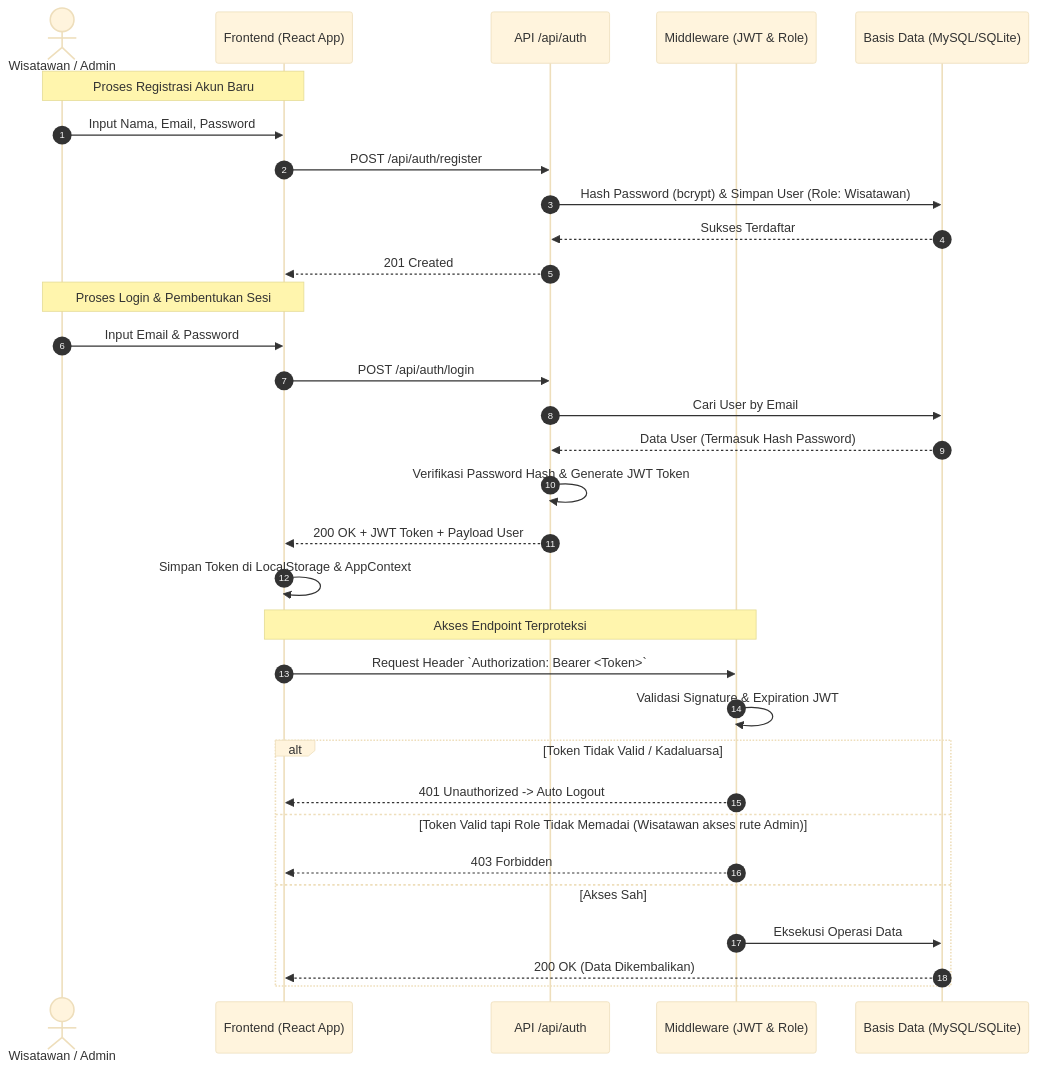
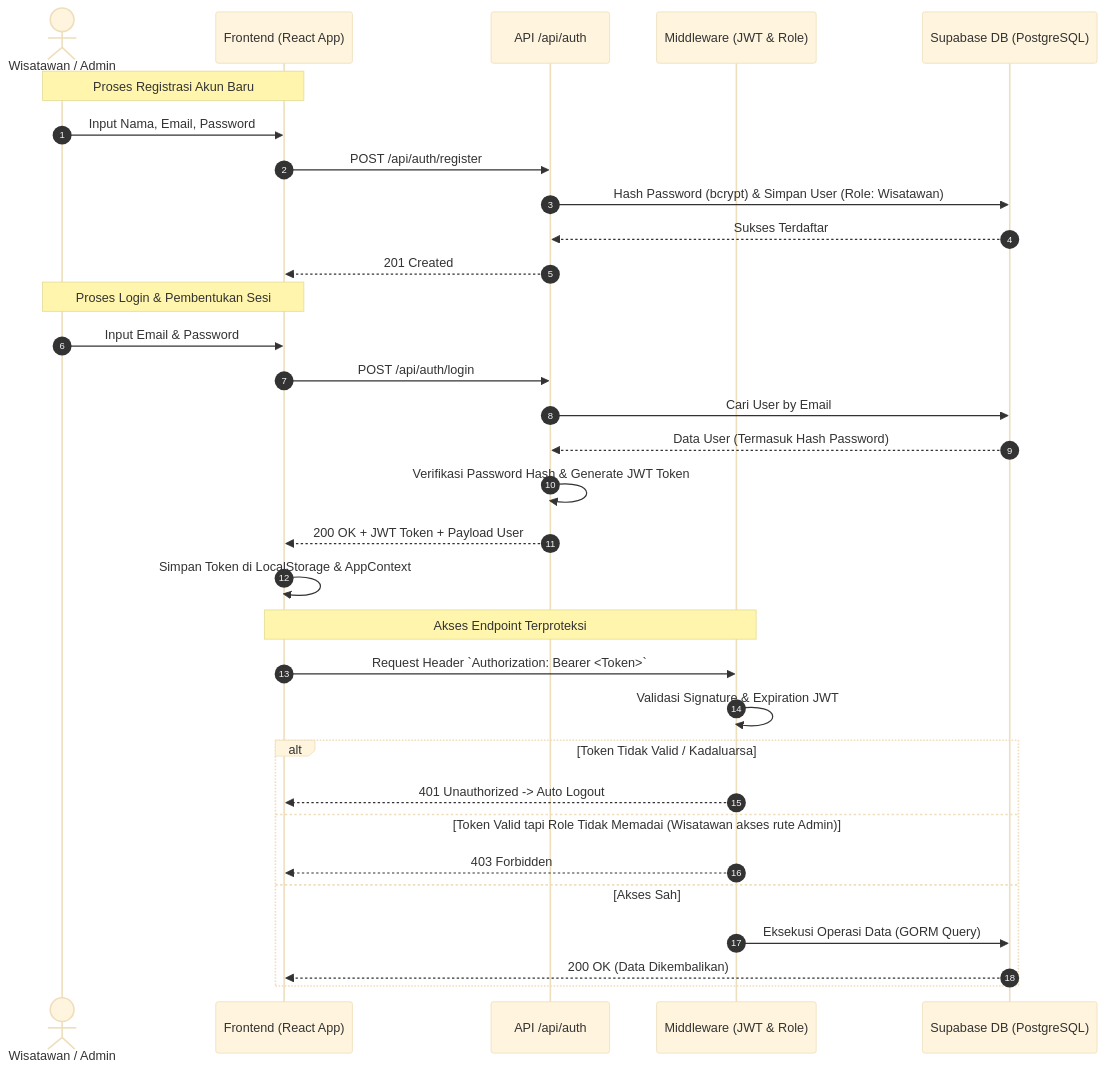
The fourth of 7 diagrams in WORKFLOW.md (WaraneyKamagi/Web-Bukit-Kasih), drawn with Mermaid (base theme) before and after one commit. The commit also changed other lines of this file and 24 other files, not shown here.

````diff
--- a/WORKFLOW.md
+++ b/WORKFLOW.md
@@ -126,37 +126,37 @@
 ```mermaid
 sequenceDiagram
     autonumber
     actor User as Wisatawan / Admin
     participant Client as Frontend (React App)
     participant AuthAPI as API /api/auth
     participant MW as Middleware (JWT & Role)
-    participant DB as Basis Data (MySQL/SQLite)
+    participant DB as Supabase DB (PostgreSQL)
 
     Note over User,Client: Proses Registrasi Akun Baru
     User->>Client: Input Nama, Email, Password
     Client->>AuthAPI: POST /api/auth/register
     AuthAPI->>DB: Hash Password (bcrypt) & Simpan User (Role: Wisatawan)
     DB-->>AuthAPI: Sukses Terdaftar
     AuthAPI-->>Client: 201 Created
 
     Note over User,Client: Proses Login & Pembentukan Sesi
     User->>Client: Input Email & Password
     Client->>AuthAPI: POST /api/auth/login
     AuthAPI->>DB: Cari User by Email
     DB-->>AuthAPI: Data User (Termasuk Hash Password)
     AuthAPI->>AuthAPI: Verifikasi Password Hash & Generate JWT Token
     AuthAPI-->>Client: 200 OK + JWT Token + Payload User
     Client->>Client: Simpan Token di LocalStorage & AppContext
 
     Note over Client,MW: Akses Endpoint Terproteksi
     Client->>MW: Request Header `Authorization: Bearer <Token>`
     MW->>MW: Validasi Signature & Expiration JWT
     alt Token Tidak Valid / Kadaluarsa
         MW-->>Client: 401 Unauthorized -> Auto Logout
     else Token Valid tapi Role Tidak Memadai (Wisatawan akses rute Admin)
         MW-->>Client: 403 Forbidden
     else Akses Sah
-        MW->>DB: Eksekusi Operasi Data
+        MW->>DB: Eksekusi Operasi Data (GORM Query)
         DB-->>Client: 200 OK (Data Dikembalikan)
     end
 ```
````
